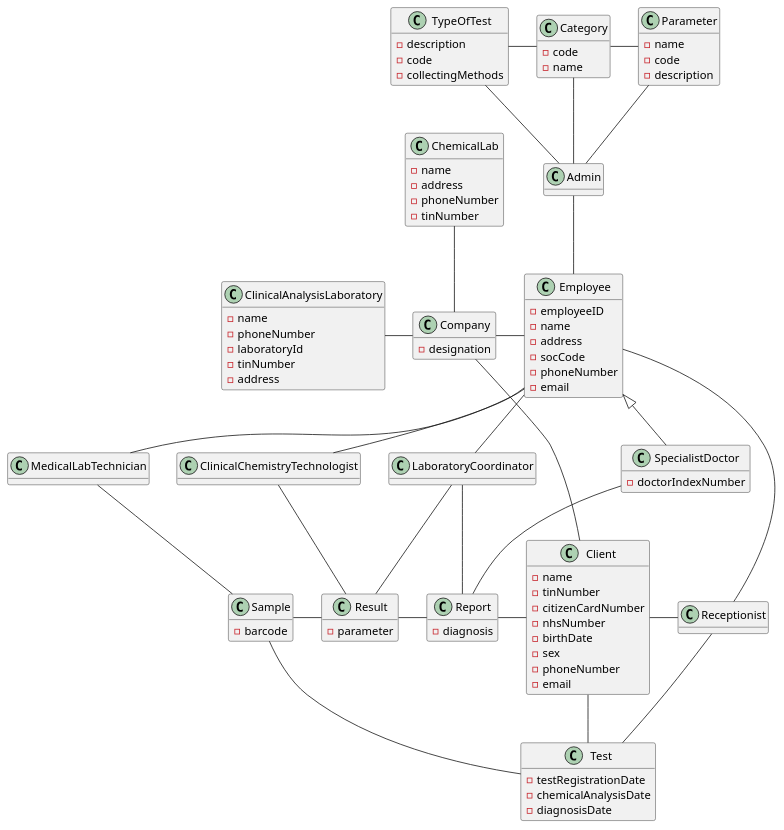
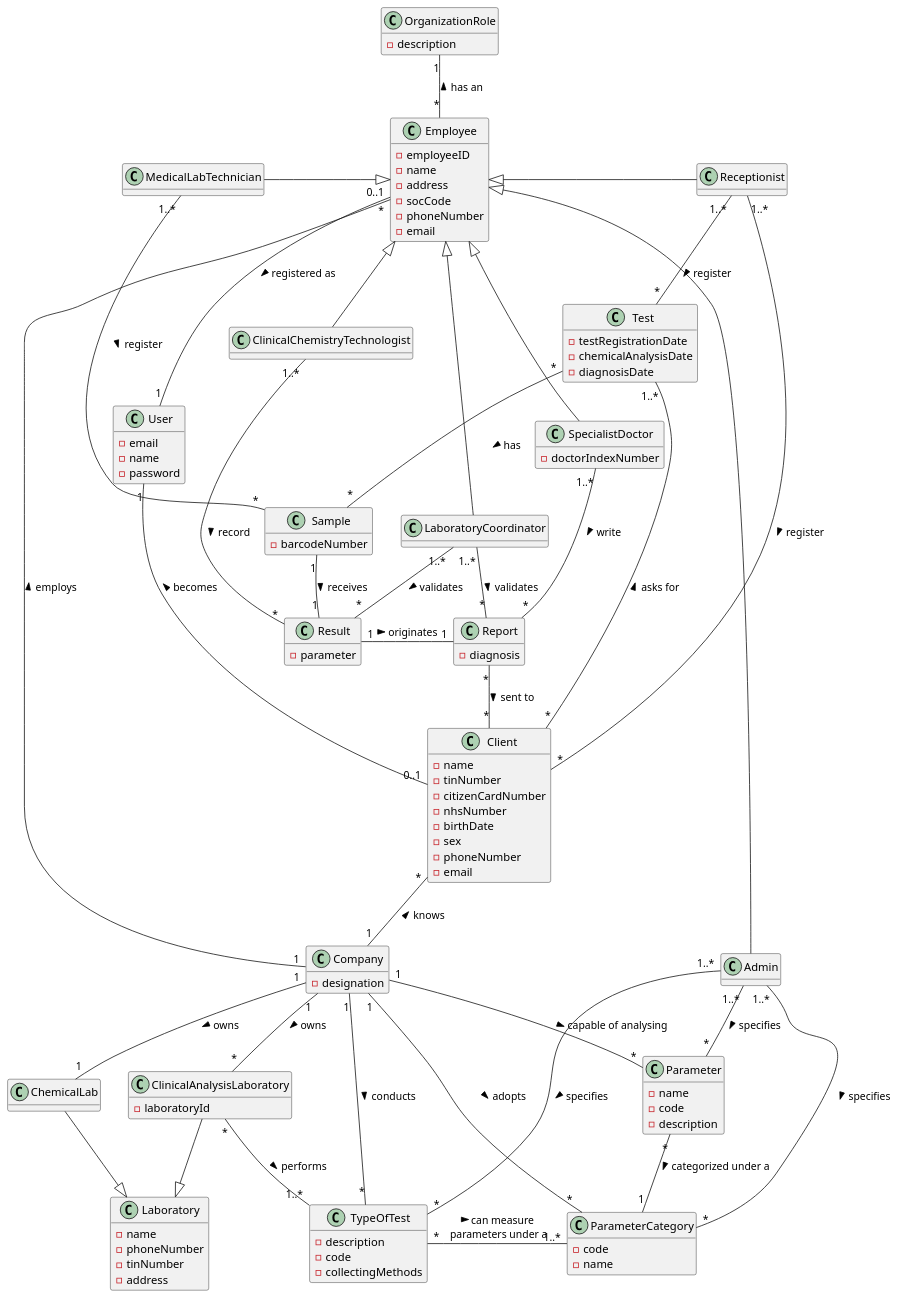
Before and after one commit to GuilhermeCunha79/lapr2: the diagram in docs/SprintC/DM Diagram.puml, drawn with PlantUML. The commit also changed 6 other files, not shown here.

Commit message:
[Docs Improvements] Commit introduces improved Domain Model Diagram [US-14] Commit introduces new content on the US-14 document and diagrams

```diff
--- a/docs/SprintC/DM Diagram.puml
+++ b/docs/SprintC/DM Diagram.puml
@@ -1,123 +1,136 @@
 @startuml
 
 hide methods
+
 
 class Company{
  -designation
 }
 
 class Client{
  -name
  -tinNumber
  -citizenCardNumber
  -nhsNumber
  -birthDate
  -sex
  -phoneNumber
  -email
 }
 
 class Employee{
  -employeeID
  -name
  -address
  -socCode
  -phoneNumber
  -email
 }
 
 class Report{
  -diagnosis
 }
 
 class Result{
  -parameter
 }
 
 class Parameter{
  -name
  -code
  -description
 }
 
-class Category{
+class ParameterCategory{
  -code
  -name
 }
 
 class TypeOfTest{
  -description
  -code
  -collectingMethods
 }
 
-class ClinicalAnalysisLaboratory{
+class Laboratory{
  -name
  -phoneNumber
- -laboratoryId
  -tinNumber
  -address
+}
+
+class ClinicalAnalysisLaboratory {
+ -laboratoryId
 }
 
 class SpecialistDoctor {
  -doctorIndexNumber
 }
 
 class Sample {
- -barcode
+ -barcodeNumber
 }
 
 class Test {
  -testRegistrationDate
  -chemicalAnalysisDate
  -diagnosisDate
 }
 
 class ChemicalLab {
- -name
- -address
- -phoneNumber
- -tinNumber
 }
 
-Company -- Client
-Company -right- Employee
-Company -up- ChemicalLab
-Employee <|-right- SpecialistDoctor
+class User {
+ -email
+ -name
+ -password
+}
 
-TypeOfTest -right- Category
-Parameter -left- Category
+class OrganizationRole {
+ -description
+}
 
-Company -left- ClinicalAnalysisLaboratory
+Company"1" -up- "*"Client : "> knows"
+Company"1" -left- "*"Employee : "> employs"
+Company"1" -- "1"ChemicalLab : "> owns"
+Employee <|-- SpecialistDoctor
+ChemicalLab --|> Laboratory
+ClinicalAnalysisLaboratory -|> Laboratory
+Employee"0..1" -- "1"User : "> registered as"
+TypeOfTest"*" -right- "1..*"ParameterCategory : "> can measure \n parameters under a"
+Parameter"*" -- "1"ParameterCategory : "> categorized under a"
+Employee"*" -up- "1"OrganizationRole : "> has an"
+Company"1" -- "*"ClinicalAnalysisLaboratory : "> owns"
+ClinicalAnalysisLaboratory"*" -- "1..*"TypeOfTest : "> performs"
+Company"1" - "*"TypeOfTest : "> conducts"
+Sample"1" -- "1"Result : "> receives"
+Result"1" - "1"Report : "> originates"
+Report"*" -- "*"Client : "> sent to"
+Client"0..1" -up- "1"User : "> becomes"
+Employee <|-- Admin
+Admin"1..*" -- "*"ParameterCategory : "> specifies"
+Company"1" -- "*"ParameterCategory : "> adopts"
+Admin"1..*" -- "*"TypeOfTest : "> specifies"
+Admin"1..*" -- "*"Parameter : "> specifies"
 
-Sample -right- Result
-Result - Report
-Report -right- Client
+Employee <|- Receptionist
+Receptionist"1..*" -- "*"Test : "> register"
+Receptionist"1..*" -- "*"Client : "> register"
 
-Admin -- Employee
-Admin -up- Category
+Test"*" -- "*"Sample : "> has"
 
-Admin -up- TypeOfTest
-Admin -up- Parameter
+Client"*" -left- "1..*"Test : "> asks for"
 
-Employee -- Receptionist
-Receptionist -- Test
-Receptionist -left- Client
+Employee <|-left- MedicalLabTechnician
+MedicalLabTechnician"1..*" -- "*"Sample : "> register"
 
-Test -left- Sample
+Employee <|-- ClinicalChemistryTechnologist
+ClinicalChemistryTechnologist"1..*" -- "*"Result : "> record"
 
-Client -- Test
-
-Employee -- MedicalLabTechnician
-MedicalLabTechnician -- Sample
-
-Employee -- ClinicalChemistryTechnologist
-ClinicalChemistryTechnologist -- Result
-
-SpecialistDoctor -- Report
-
-Employee -- LaboratoryCoordinator
-LaboratoryCoordinator -- Report
-LaboratoryCoordinator -- Result
+SpecialistDoctor"1..*" -- "*"Report : "> write"
+Company"1" -- "*"Parameter : "> capable of analysing"
+Employee <|- LaboratoryCoordinator
+LaboratoryCoordinator"1..*" -- "*"Report : "> validates"
+LaboratoryCoordinator"1..*" -- "*"Result : "> validates"
 
 @enduml
```
